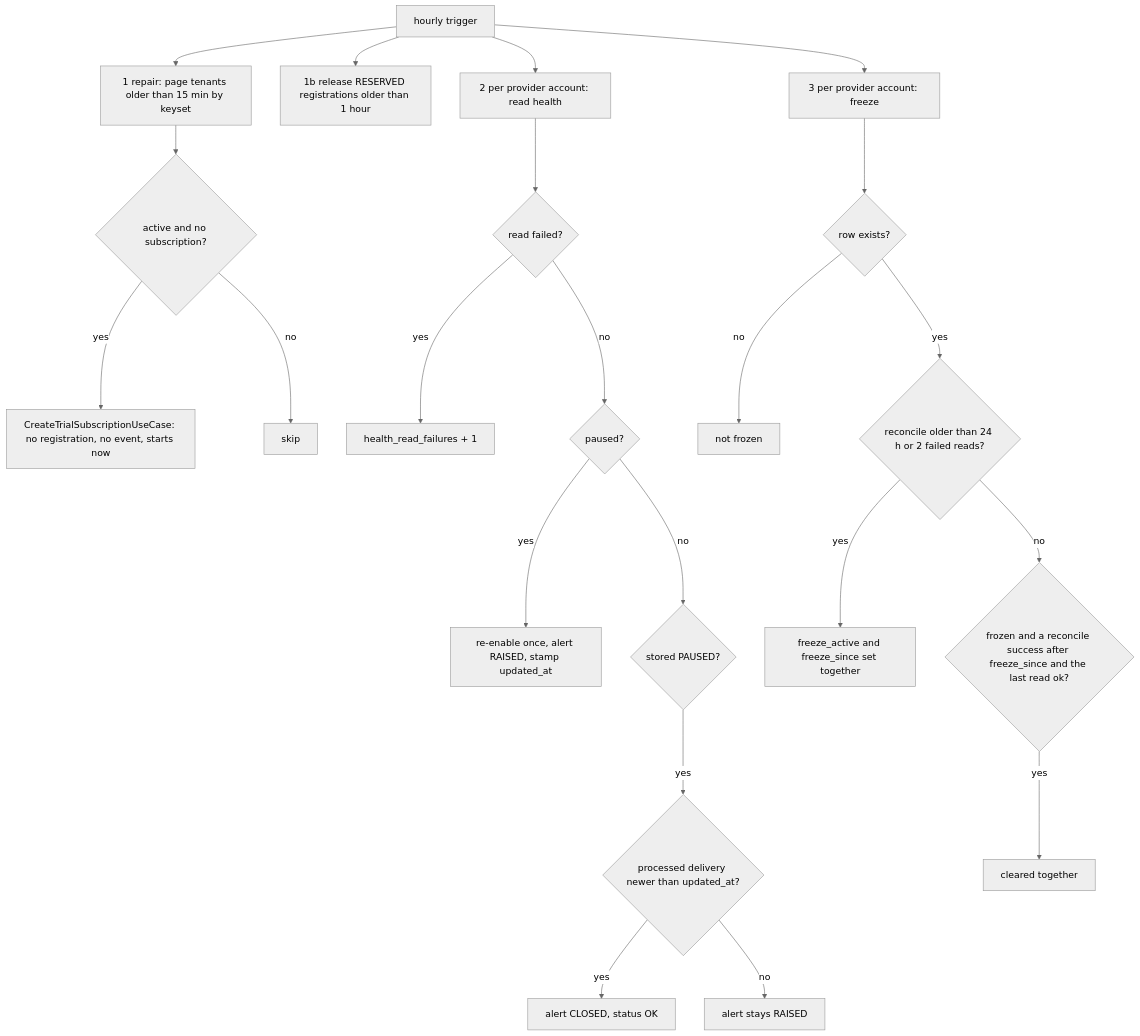
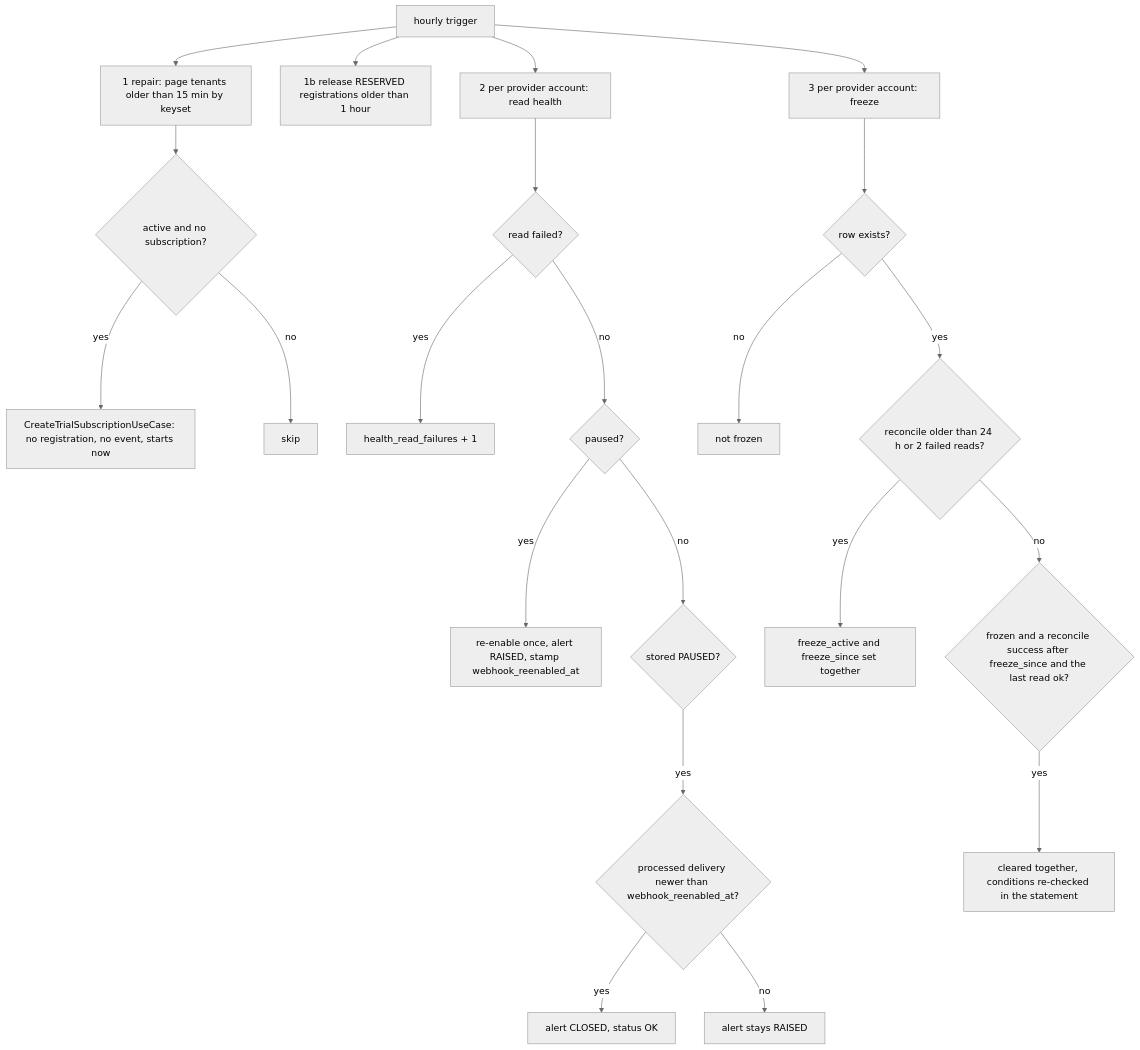
One commit to lmmoreira/ikaro changed diagram 21 of 21 in docs/BUSINESS_LOGIC_REFERENCE.md. Above: the diagram before and after it, drawn with Mermaid (neutral theme). The commit also changed other lines of this file and 23 other files, not shown here.

````diff
--- a/docs/BUSINESS_LOGIC_REFERENCE.md
+++ b/docs/BUSINESS_LOGIC_REFERENCE.md
@@ -1003,24 +1003,24 @@
 ```mermaid
 flowchart TD
     A[hourly trigger] --> R[1 repair: page tenants older than 15 min by keyset]
     R --> R1{active and no subscription?}
     R1 -- yes --> R2[CreateTrialSubscriptionUseCase: no registration, no event, starts now]
     R1 -- no --> R3[skip]
     A --> L[1b release RESERVED registrations older than 1 hour]
     A --> H[2 per provider account: read health]
     H --> H1{read failed?}
     H1 -- yes --> H2[health_read_failures + 1]
     H1 -- no --> H3{paused?}
-    H3 -- yes --> H4[re-enable once, alert RAISED, stamp updated_at]
+    H3 -- yes --> H4[re-enable once, alert RAISED, stamp webhook_reenabled_at]
     H3 -- no --> H5{stored PAUSED?}
-    H5 -- yes --> H6{processed delivery newer than updated_at?}
+    H5 -- yes --> H6{processed delivery newer than webhook_reenabled_at?}
     H6 -- yes --> H7[alert CLOSED, status OK]
     H6 -- no --> H8[alert stays RAISED]
     A --> F[3 per provider account: freeze]
     F --> F1{row exists?}
     F1 -- no --> F2[not frozen]
     F1 -- yes --> F3{reconcile older than 24 h or 2 failed reads?}
     F3 -- yes --> F4[freeze_active and freeze_since set together]
     F3 -- no --> F5{frozen and a reconcile success after freeze_since and the last read ok?}
-    F5 -- yes --> F6[cleared together]
+    F5 -- yes --> F6[cleared together, conditions re-checked in the statement]
 ```
````
